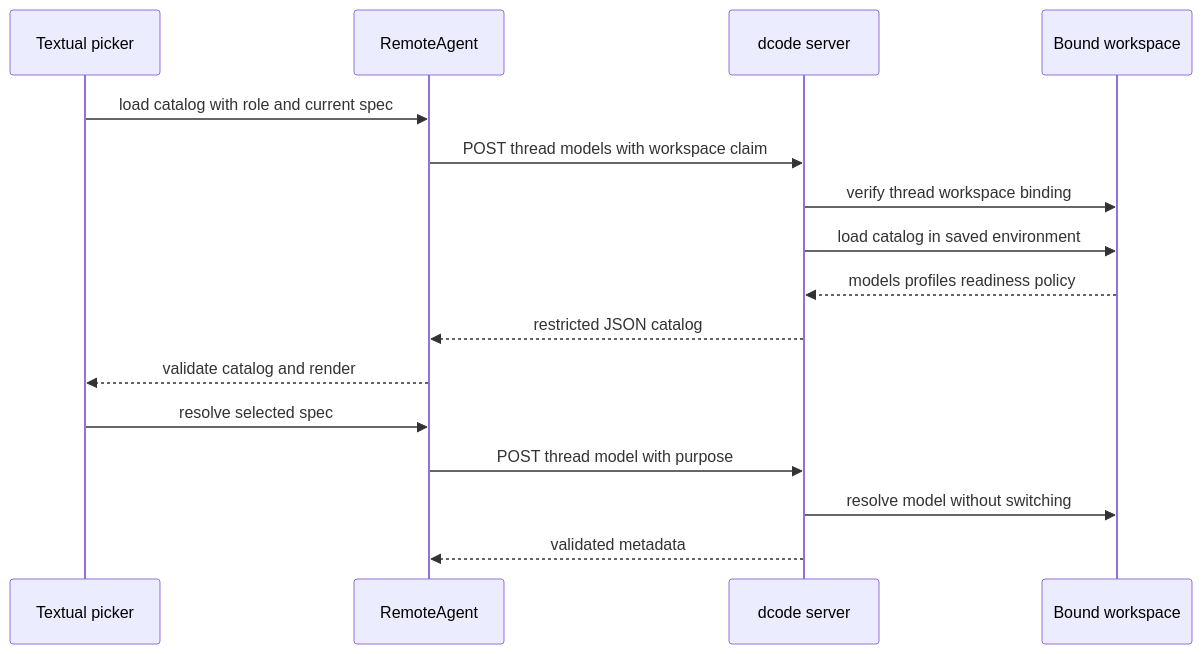
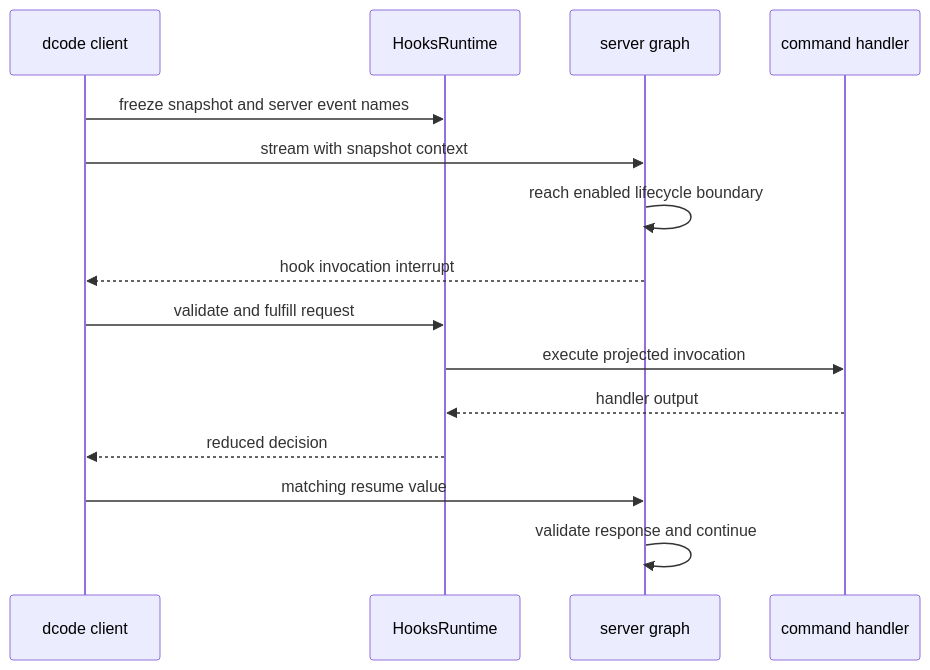
Before and after one commit to langchain-ai/deepagents: the diagram in openwiki/architecture/code-agent.md, drawn with Mermaid. The commit also changed other lines of this file and 35 other files, not shown here.

````diff
--- a/openwiki/architecture/code-agent.md
+++ b/openwiki/architecture/code-agent.md
@@ -60,18 +82,17 @@
 ```mermaid
 sequenceDiagram
-    participant Picker as Textual picker
-    participant Client as RemoteAgent
-    participant Server as dcode server
-    participant Workspace as Bound workspace
-    Picker->>Client: load catalog with role and current spec
-    Client->>Server: POST thread models with workspace claim
-    Server->>Workspace: verify thread workspace binding
-    Server->>Workspace: load catalog in saved environment
-    Workspace-->>Server: models profiles readiness policy
-    Server-->>Client: restricted JSON catalog
-    Client-->>Picker: validate catalog and render
-    Picker->>Client: resolve selected spec
-    Client->>Server: POST thread model with purpose
-    Server->>Workspace: resolve model without switching
-    Server-->>Client: validated metadata
+    participant Client as dcode client
+    participant Runtime as HooksRuntime
+    participant Graph as server graph
+    participant Hook as command handler
+    Client->>Runtime: freeze snapshot and server event names
+    Client->>Graph: stream with snapshot context
+    Graph->>Graph: reach enabled lifecycle boundary
+    Graph-->>Client: hook invocation interrupt
+    Client->>Runtime: validate and fulfill request
+    Runtime->>Hook: execute projected invocation
+    Hook-->>Runtime: handler output
+    Runtime-->>Client: reduced decision
+    Client->>Graph: matching resume value
+    Graph->>Graph: validate response and continue
 ```
````
